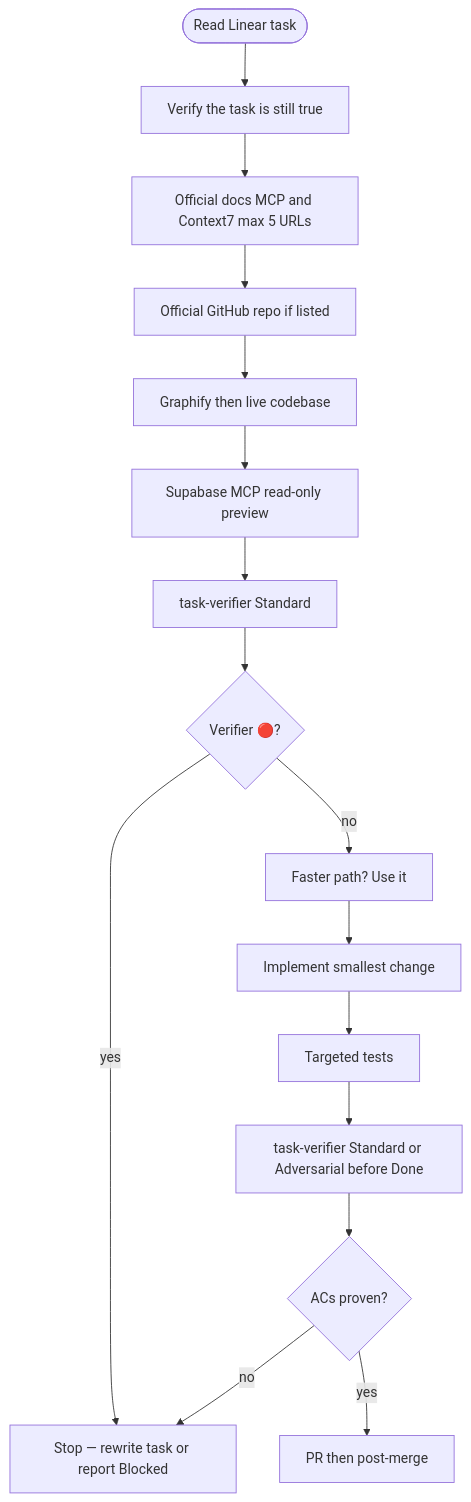
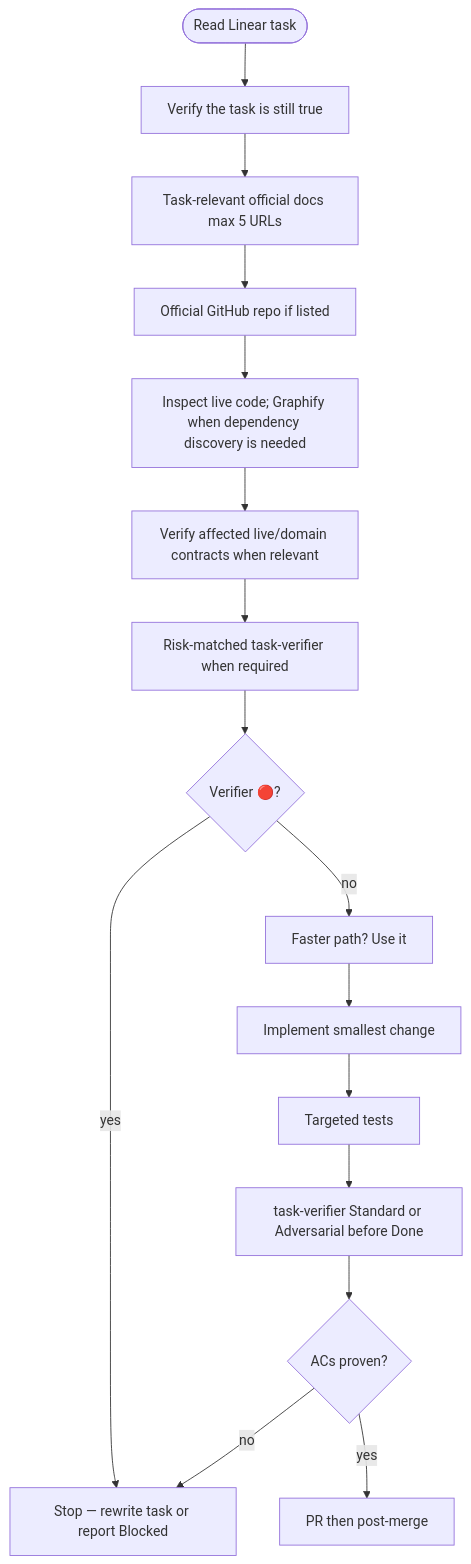
Before and after one commit to amoai-tech/ipixai: the diagram in docs/linear/linear-format.md, drawn with Mermaid. The commit also changed other lines of this file, not shown here.

Commit message:
docs(tasks): make verification tooling task-specific

````diff
--- a/docs/linear/linear-format.md
+++ b/docs/linear/linear-format.md
@@ -30,18 +30,18 @@
 ```mermaid
 flowchart TD
     start([Read Linear task]) --> verify[Verify the task is still true]
-    verify --> docs[Official docs MCP and Context7 max 5 URLs]
+    verify --> docs[Task-relevant official docs max 5 URLs]
     docs --> gh[Official GitHub repo if listed]
-    gh --> code[Graphify then live codebase]
-    code --> supa[Supabase MCP read-only preview]
-    supa --> tv[task-verifier Standard]
+    gh --> code[Inspect live code; Graphify when dependency discovery is needed]
+    code --> contracts[Verify affected live/domain contracts when relevant]
+    contracts --> tv[Risk-matched task-verifier when required]
     tv --> gate{Verifier 🔴?}
     gate -->|yes| stop[Stop — rewrite task or report Blocked]
     gate -->|no| fastest[Faster path? Use it]
     fastest --> impl[Implement smallest change]
     impl --> tests[Targeted tests]
     tests --> tvfull[task-verifier Standard or Adversarial before Done]
     tvfull --> done{ACs proven?}
     done -->|no| stop
     done -->|yes| ship[PR then post-merge]
 ```
````
